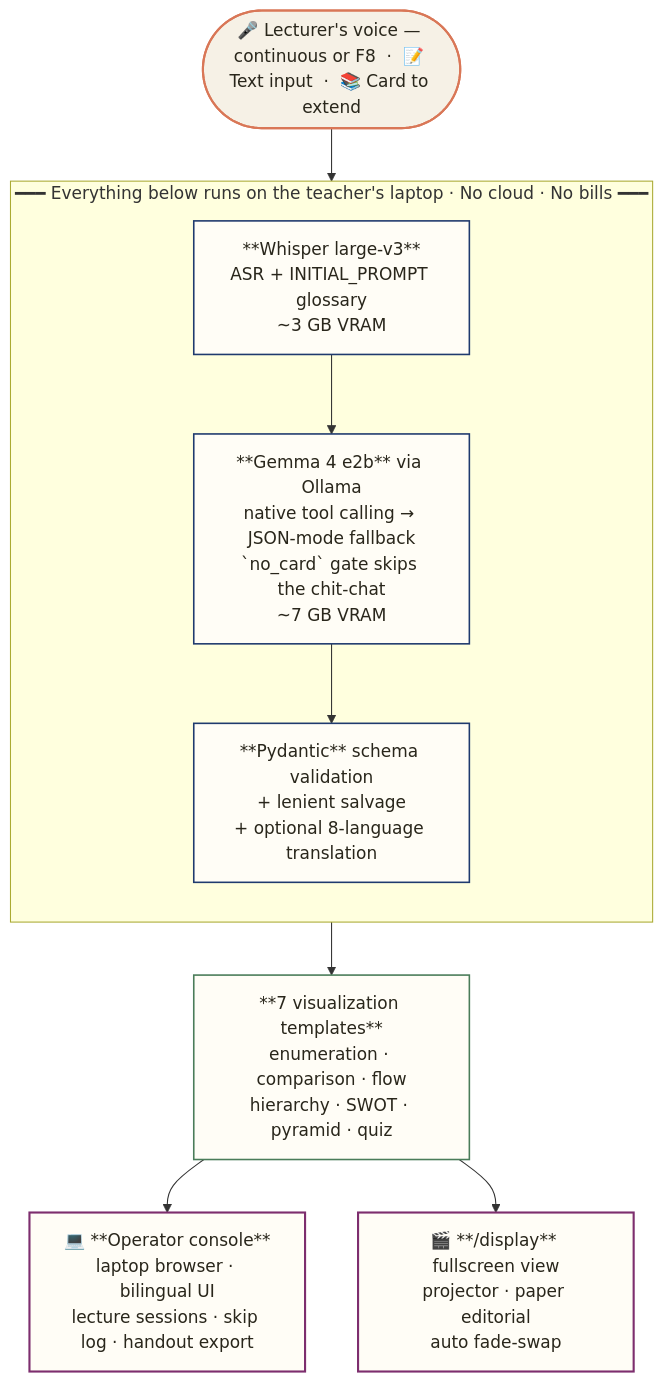
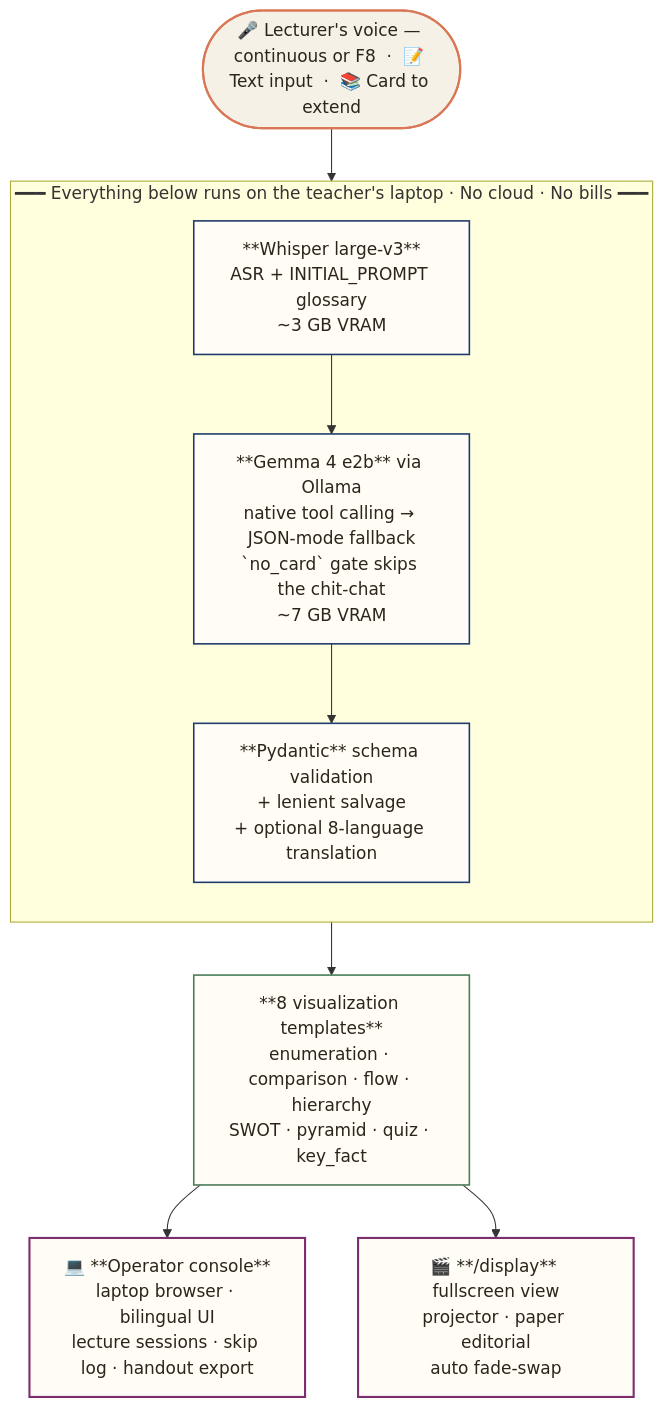
One commit to dofliu/Sensei changed the diagram in README.md. Above: the diagram before and after it, drawn with Mermaid. The commit also changed other lines of this file and 18 other files, not shown here.

Commit message:
feat: integrate key_fact template, real-app screenshots, and sync with origin/main

````diff
--- a/README.md
+++ b/README.md
@@ -22,26 +22,26 @@
 ```mermaid
 flowchart TB
     A([🎤 Lecturer's voice — continuous or F8 &nbsp;·&nbsp; 📝 Text input &nbsp;·&nbsp; 📚 Card to extend])
     A --> B
 
     subgraph s1 ["━━━ Everything below runs on the teacher's laptop · No cloud · No bills ━━━"]
         direction TB
         B["**Whisper large-v3**<br/>ASR + INITIAL_PROMPT glossary<br/>~3 GB VRAM"]
         C["**Gemma 4 e2b** via Ollama<br/>native tool calling → JSON-mode fallback<br/>`no_card` gate skips the chit-chat<br/>~7 GB VRAM"]
         D["**Pydantic** schema validation<br/>+ lenient salvage<br/>+ optional 8-language translation"]
         B --> C --> D
     end
 
-    D --> E["**7 visualization templates**<br/>enumeration · comparison · flow<br/>hierarchy · SWOT · pyramid · quiz"]
+    D --> E["**8 visualization templates**<br/>enumeration · comparison · flow · hierarchy<br/>SWOT · pyramid · quiz · key_fact"]
     E --> F["💻 **Operator console**<br/>laptop browser · bilingual UI<br/>lecture sessions · skip log · handout export"]
     E --> G["🎬 **/display** fullscreen view<br/>projector · paper editorial<br/>auto fade-swap"]
 
     classDef input fill:#f6f1e6,stroke:#D97757,stroke-width:2px,color:#29261b
     classDef process fill:#fffdf6,stroke:#1F3A6E,stroke-width:1.5px,color:#29261b
     classDef render fill:#fffdf6,stroke:#4A7C59,stroke-width:1.5px,color:#29261b
     classDef output fill:#fffdf6,stroke:#7D2E6E,stroke-width:2px,color:#29261b
     class A input
     class B,C,D process
     class E render
     class F,G output
 ```
````
